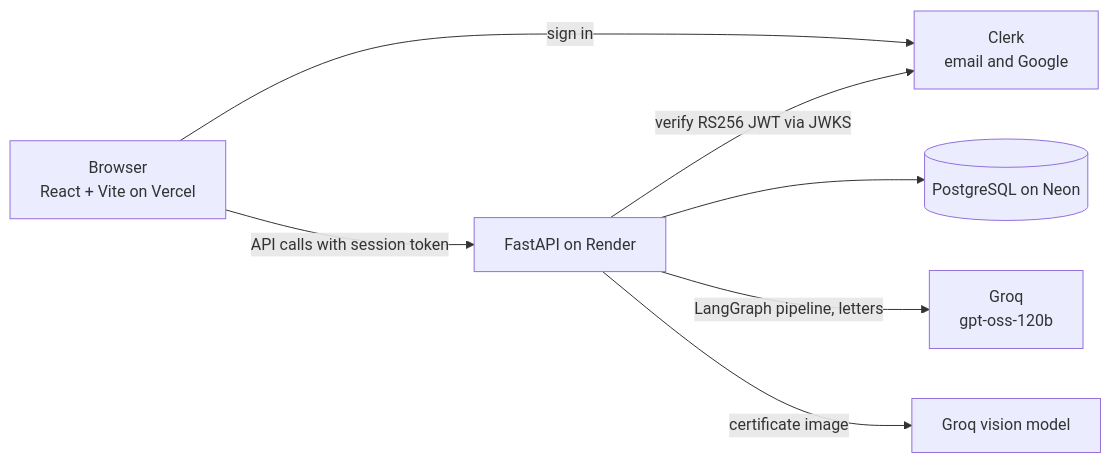
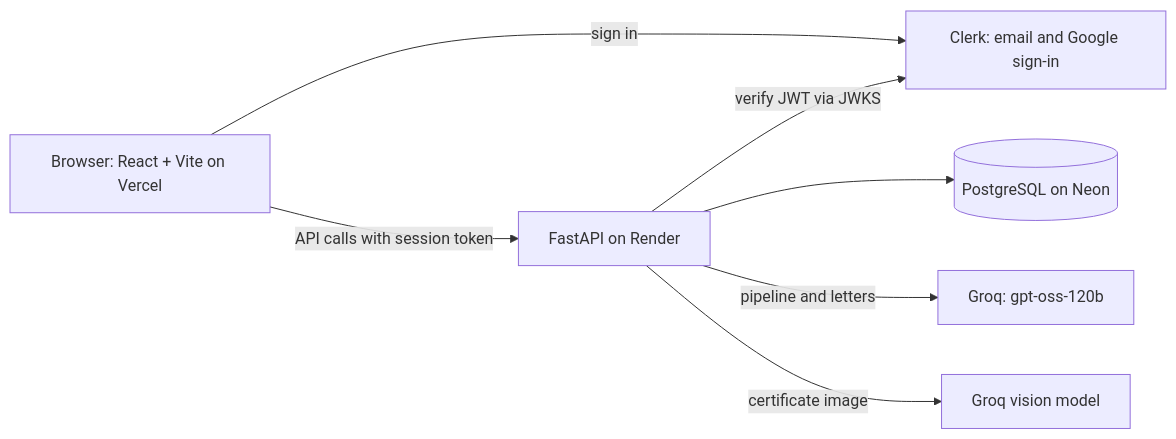
Before and after one commit to shrey9741/GriefWallet: the first of 2 diagrams in README.md, drawn with Mermaid. The commit also changed other lines of this file, not shown here.

Commit message:
README: fix Mermaid diagrams

````diff
--- a/README.md
+++ b/README.md
@@ -43,9 +43,15 @@
 ```mermaid
 flowchart LR
-    U[Browser<br/>React + Vite on Vercel] -- sign in --> C[Clerk<br/>email and Google]
-    U -- API calls with session token --> A[FastAPI on Render]
-    A -- verify RS256 JWT via JWKS --> C
-    A --> D[(PostgreSQL on Neon)]
-    A -- LangGraph pipeline, letters --> G[Groq<br/>gpt-oss-120b]
-    A -- certificate image --> V[Groq vision model]
+    U["Browser: React + Vite on Vercel"]
+    C["Clerk: email and Google sign-in"]
+    A["FastAPI on Render"]
+    D[("PostgreSQL on Neon")]
+    G["Groq: gpt-oss-120b"]
+    V["Groq vision model"]
+    U -->|sign in| C
+    U -->|API calls with session token| A
+    A -->|verify JWT via JWKS| C
+    A --> D
+    A -->|pipeline and letters| G
+    A -->|certificate image| V
 ```
````
